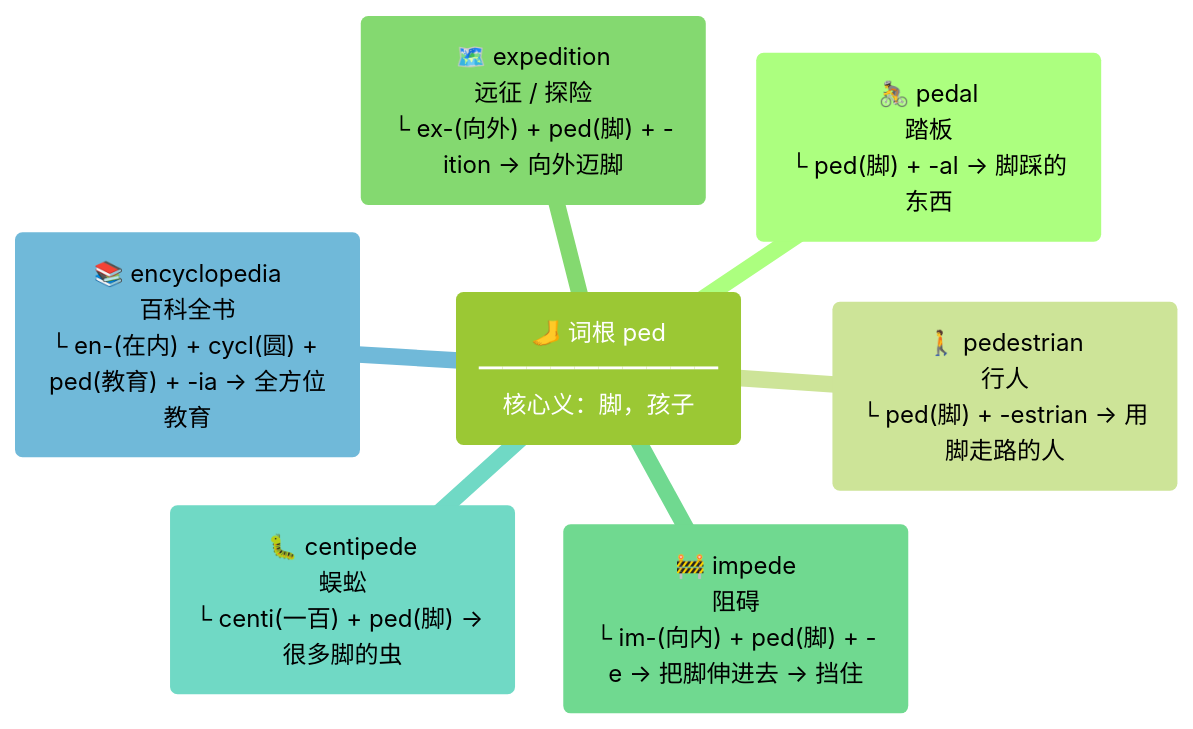
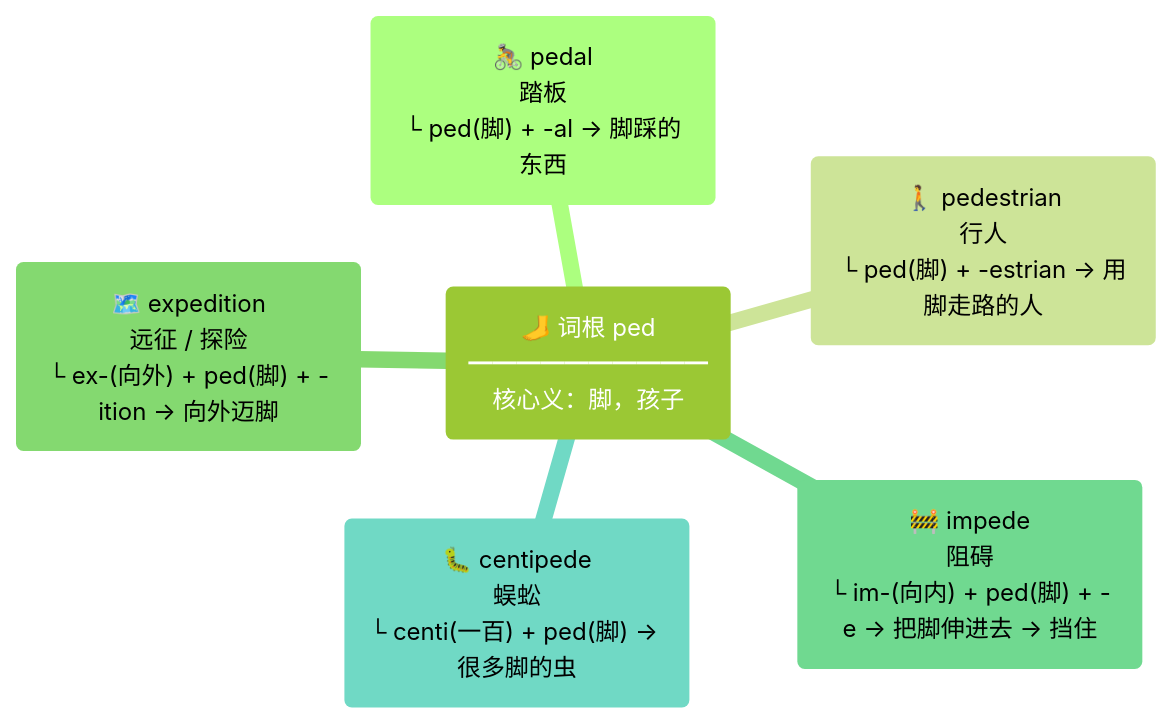
Diagram 25 of 31 in files/other/e.md (suhuide/h), drawn with Mermaid (forest theme) before and after one commit. The commit also changed other lines of this file and 5 other files, not shown here.

````diff
--- a/files/other/e.md
+++ b/files/other/e.md
@@ -269,10 +267,9 @@
 ```mermaid
 mindmap
   root("🦶 词根 ped<br>━━━━━━━━━━<br>核心义：脚，孩子")
     pedal("🚴 pedal<br>踏板<br>└ ped(脚) + -al → 脚踩的东西")
     pedestrian("🚶 pedestrian<br>行人<br>└ ped(脚) + -estrian → 用脚走路的人")
     expedition("🗺️ expedition<br>远征 / 探险<br>└ ex-(向外) + ped(脚) + -ition → 向外迈脚")
     impede("🚧 impede<br>阻碍<br>└ im-(向内) + ped(脚) + -e → 把脚伸进去 → 挡住")
     centipede("🐛 centipede<br>蜈蚣<br>└ centi(一百) + ped(脚) → 很多脚的虫")
-    encyclopedia("📚 encyclopedia<br>百科全书<br>└ en-(在内) + cycl(圆) + ped(教育) + -ia → 全方位教育")
 ```
````
